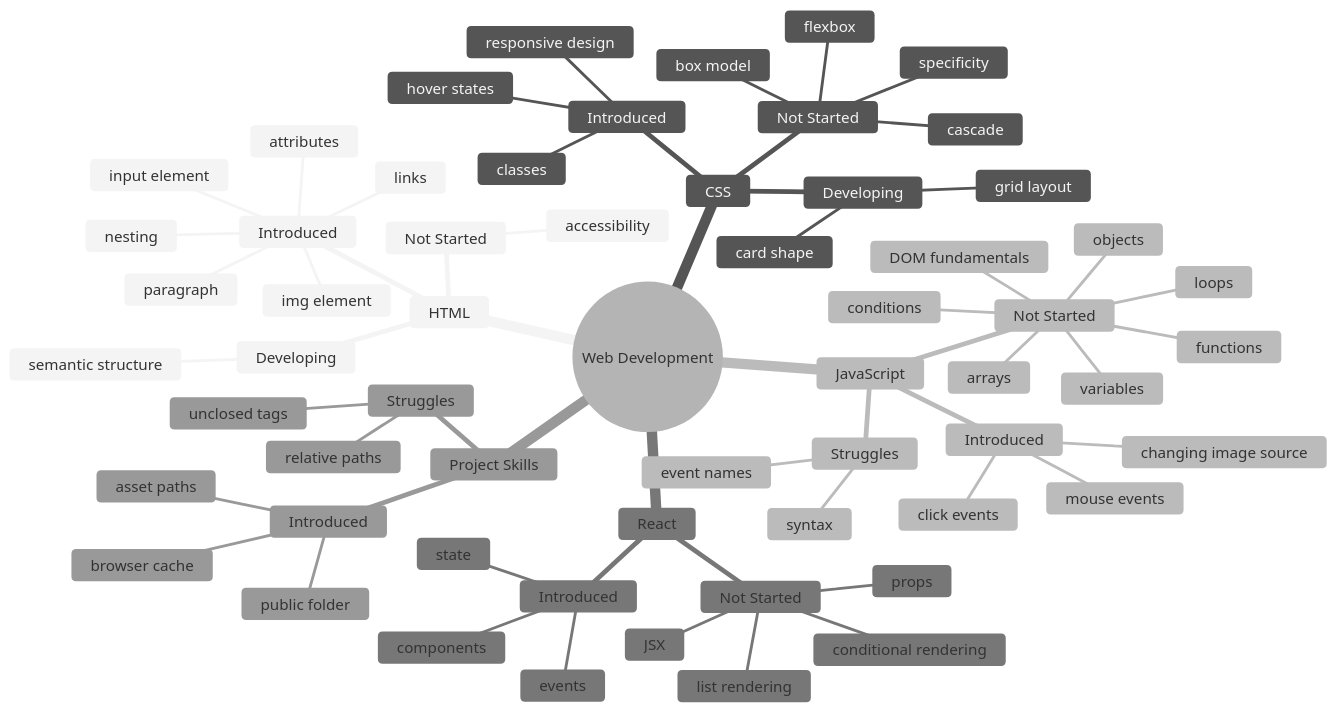
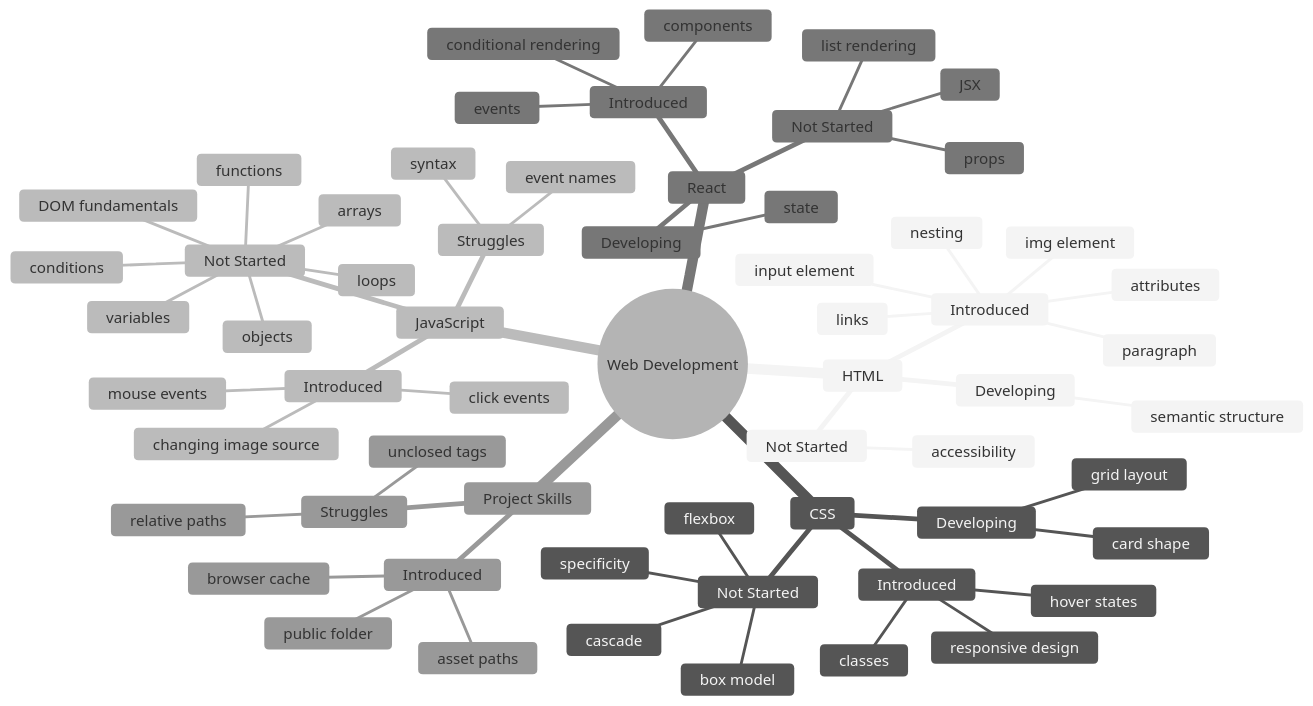
The third of 3 diagrams in .instructor/PROGRESS.md (ilhammorsalin/ilham-portfolio), drawn with Mermaid (neutral theme) before and after one commit. The commit also changed other lines of this file and 39 other files, not shown here.

````diff
--- a/.instructor/PROGRESS.md
+++ b/.instructor/PROGRESS.md
@@ -39,63 +39,64 @@
 ```mermaid
 mindmap
   root((Web Development))
     HTML
       Introduced
         img element
         paragraph
         links
         attributes
         nesting
         input element
       Developing
         semantic structure
       Not Started
         accessibility
     CSS
       Introduced
         classes
         hover states
         responsive design
       Developing
         card shape
         grid layout
       Not Started
         box model
         flexbox
         cascade
         specificity
     JavaScript
       Introduced
         click events
         mouse events
         changing image source
       Struggles
         syntax
         event names
       Not Started
         variables
         conditions
         functions
         arrays
         objects
         loops
         DOM fundamentals
     React
       Introduced
         components
+        events
+        conditional rendering
+      Developing
         state
-        events
       Not Started
         JSX
         props
-        conditional rendering
         list rendering
     Project Skills
       Introduced
         asset paths
         public folder
         browser cache
       Struggles
         relative paths
         unclosed tags
 ```
````
